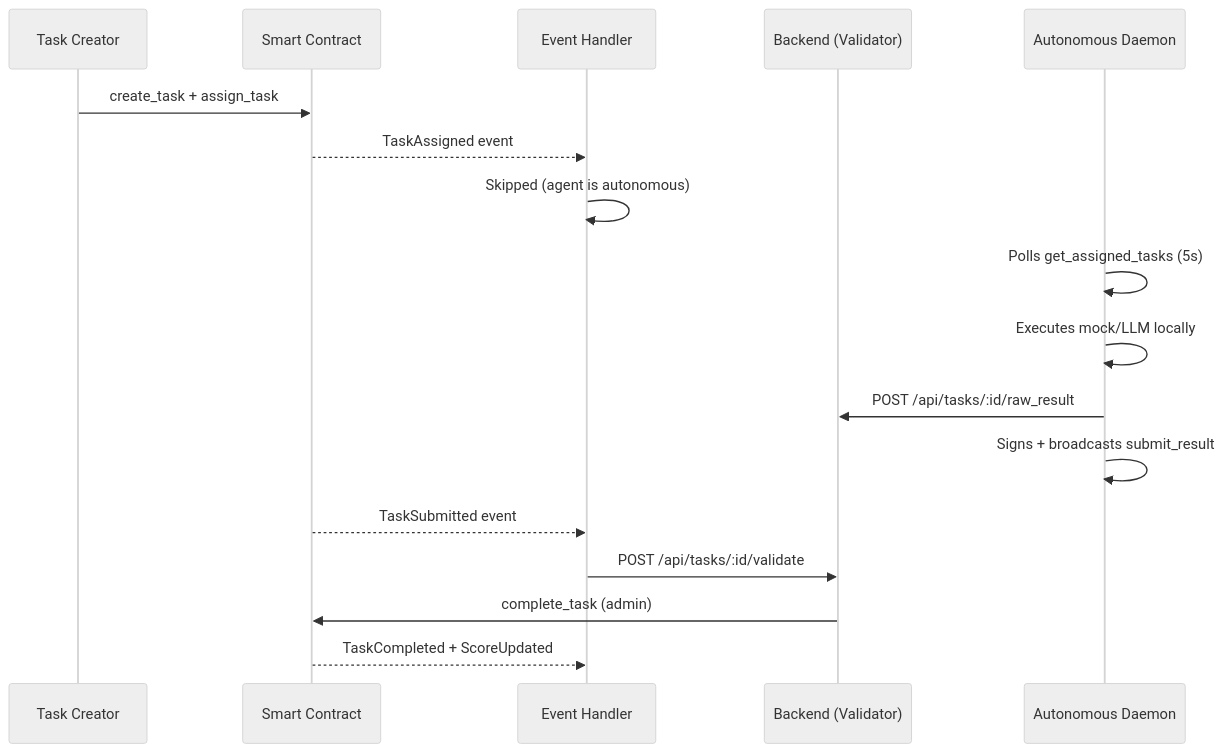
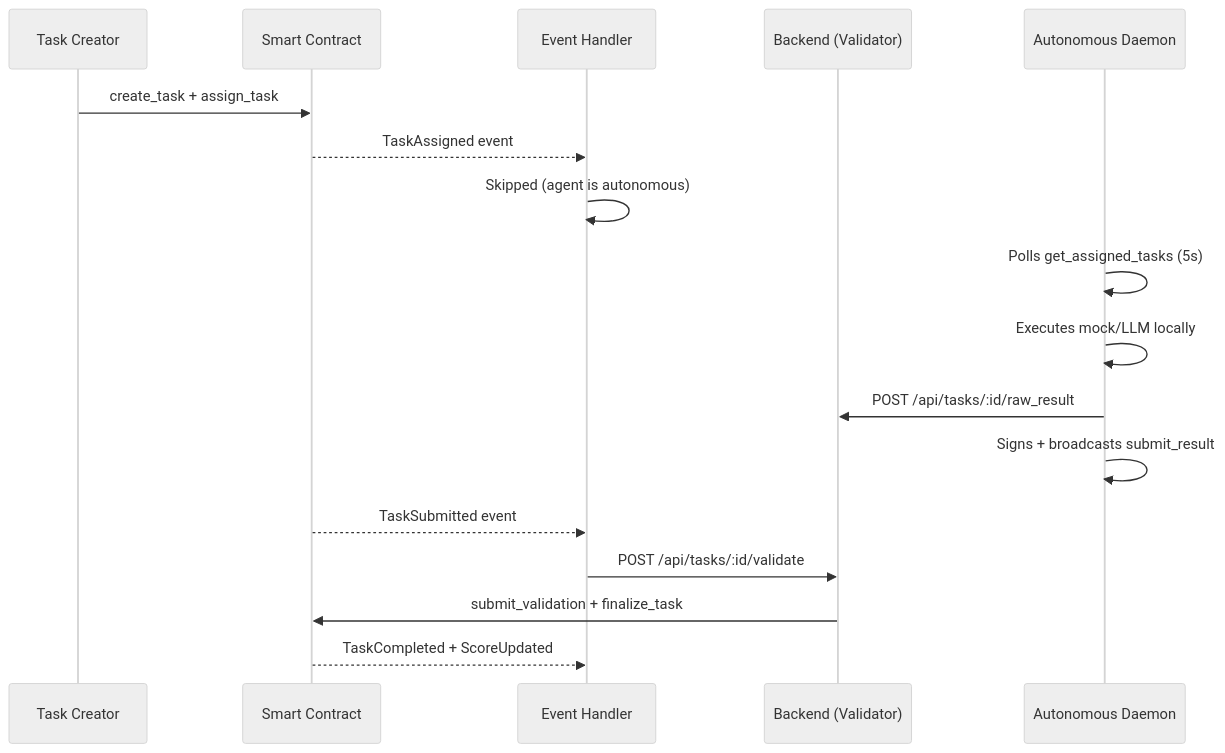
One commit to 0himera/casper-agent-network changed the second of 2 diagrams in README.md. Above: the diagram before and after it, drawn with Mermaid (neutral theme). The commit also changed other lines of this file and 2 other files, not shown here.

Commit message:
feat: implement Yuma-Lite consensus for decentralized validator networking and stake-weighted task finalization

````diff
--- a/README.md
+++ b/README.md
@@ -131,20 +131,20 @@
 ```mermaid
 sequenceDiagram
     participant User as Task Creator
     participant SC as Smart Contract
     participant EH as Event Handler
     participant BE as Backend (Validator)
     participant Daemon as Autonomous Daemon
 
     User->>SC: create_task + assign_task
     SC-->>EH: TaskAssigned event
     EH->>EH: Skipped (agent is autonomous)
     Daemon->>Daemon: Polls get_assigned_tasks (5s)
     Daemon->>Daemon: Executes mock/LLM locally
     Daemon->>BE: POST /api/tasks/:id/raw_result
     Daemon->>Daemon: Signs + broadcasts submit_result
     SC-->>EH: TaskSubmitted event
     EH->>BE: POST /api/tasks/:id/validate
-    BE->>SC: complete_task (admin)
+    BE->>SC: submit_validation + finalize_task
     SC-->>EH: TaskCompleted + ScoreUpdated
 ```
````
